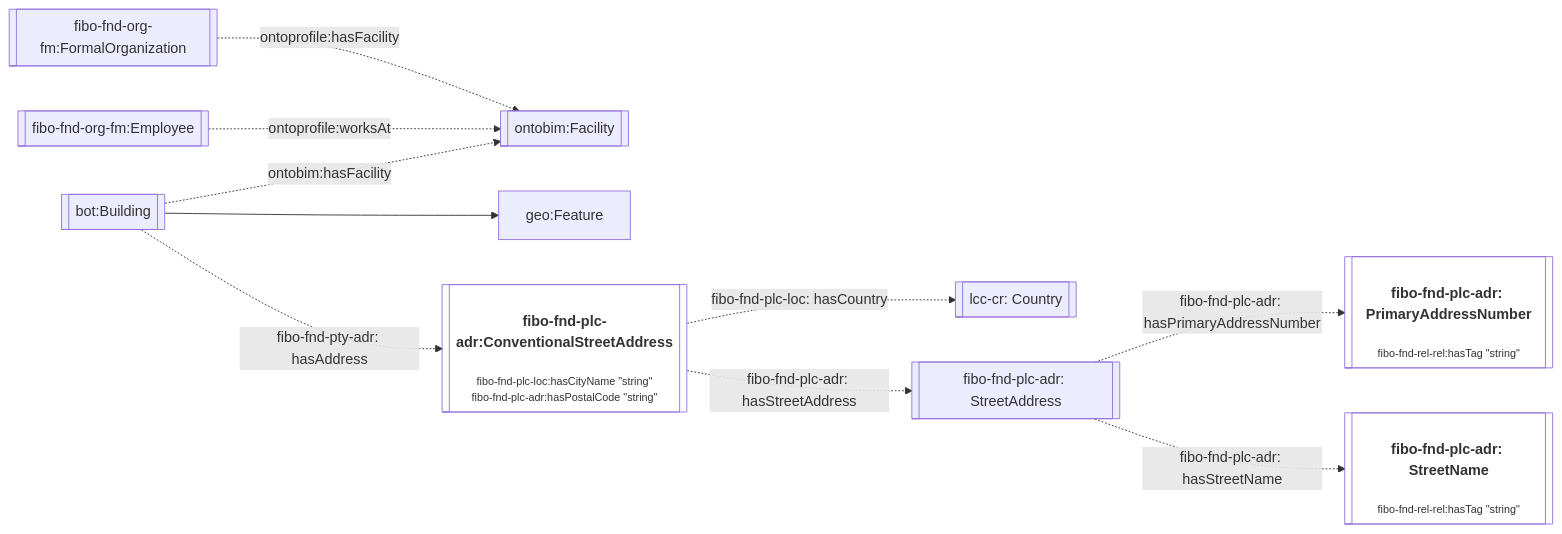
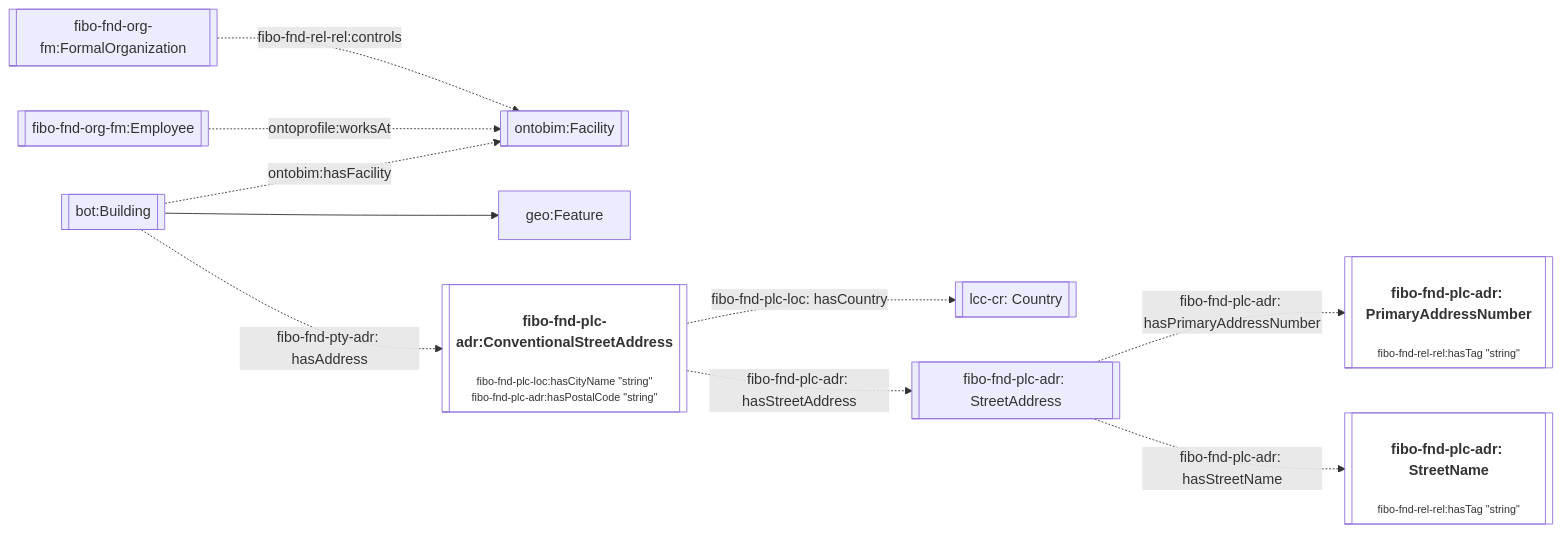
Before and after one commit to cambridge-cares/TheWorldAvatar: the sixth of 6 diagrams in JPS_Ontology/ontology/ontoprofile/README.MD, drawn with Mermaid. The commit also changed 4 other files, not shown here.

Commit message:
dev-service-execution-ontology-extension: modify to use fibo controls property instead of hasfacility

````diff
--- a/JPS_Ontology/ontology/ontoprofile/README.MD
+++ b/JPS_Ontology/ontology/ontoprofile/README.MD
@@ -185,19 +185,19 @@
 ```mermaid
 flowchart LR
     %% Styling
     classDef literal fill:none
 
     %% Contents
-    Org[[fibo-fnd-org-fm:FormalOrganization]] -. ontoprofile:hasFacility .-> Facility
+    Org[[fibo-fnd-org-fm:FormalOrganization]] -. fibo-fnd-rel-rel:controls .-> Facility
     Employee[[fibo-fnd-org-fm:Employee]] -. ontoprofile:worksAt .-> Facility
 
     Building[[bot:Building]] -. ontobim:hasFacility .-> Facility[[ontobim:Facility]]
     Building --> geo:Feature
     Building -. fibo-fnd-pty-adr: hasAddress .-> ConventionalStreetAddress[["<h4>fibo-fnd-plc-adr:ConventionalStreetAddress</h4><p style='font-size:0.75rem;'>fibo-fnd-plc-loc:hasCityName &quot;string&quot;<br>fibo-fnd-plc-adr:hasPostalCode &quot;string&quot;</p>"]]:::literal
 
     ConventionalStreetAddress -. fibo-fnd-plc-loc: hasCountry .-> Country[[lcc-cr: Country]]
     ConventionalStreetAddress -. fibo-fnd-plc-adr: hasStreetAddress .-> StreetAddress[[fibo-fnd-plc-adr: StreetAddress]]
 
     StreetAddress -. fibo-fnd-plc-adr: hasPrimaryAddressNumber .-> PrimaryAddressNumber[["<h4>fibo-fnd-plc-adr: PrimaryAddressNumber</h4><p style='font-size:0.75rem;'>fibo-fnd-rel-rel:hasTag &quot;string&quot;</p>"]]:::literal
     StreetAddress -. fibo-fnd-plc-adr: hasStreetName .-> StreetName[["<h4>fibo-fnd-plc-adr: StreetName</h4><p style='font-size:0.75rem;'>fibo-fnd-rel-rel:hasTag &quot;string&quot;</p>"]]:::literal
 ```
````
